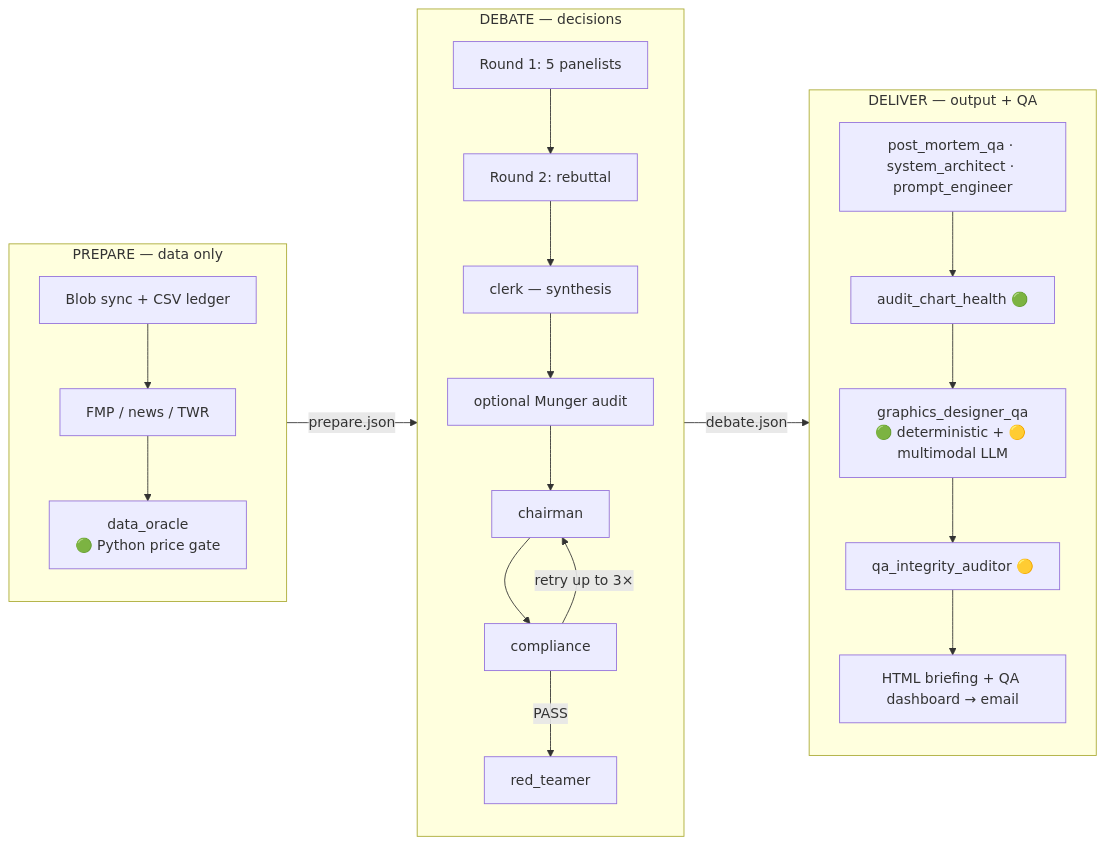
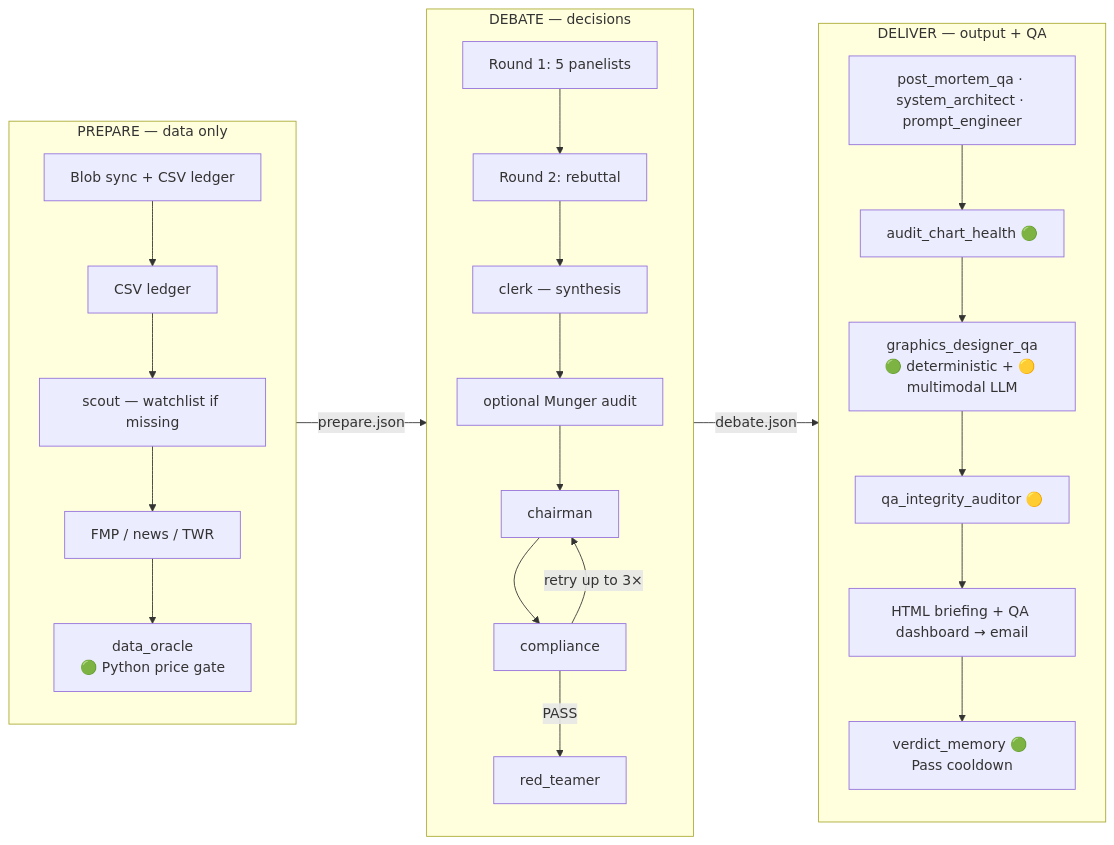
One commit to stanchernov-ai/invest changed the third of 6 diagrams in docs/agent_architecture.md. Above: the diagram before and after it, drawn with Mermaid. The commit also changed other lines of this file and 15 other files, not shown here.

First line of the commit message:
Harden QA integrity auditor and ship verdict memory P1.

````diff
--- a/docs/agent_architecture.md
+++ b/docs/agent_architecture.md
@@ -141,41 +141,44 @@
 ```mermaid
 flowchart LR
     subgraph PREP["PREPARE — data only"]
         SYNC[Blob sync + CSV ledger]
+        SCOUT[scout — watchlist if missing]
         FMP[FMP / news / TWR]
         ORACLE[data_oracle<br/>🟢 Python price gate]
-        SYNC --> FMP --> ORACLE
+        SYNC --> CSV[CSV ledger] --> SCOUT
+        SCOUT --> FMP --> ORACLE
     end
 
     subgraph DEB["DEBATE — decisions"]
         direction TB
         P1[Round 1: 5 panelists]
         P2[Round 2: rebuttal]
         CLERK[clerk — synthesis]
         MUNGER[optional Munger audit]
         CHAIR[chairman]
         COMP[compliance]
         RED[red_teamer]
 
         P1 --> P2 --> CLERK
         CLERK --> MUNGER
         MUNGER --> CHAIR
         CHAIR --> COMP
         COMP -->|retry up to 3×| CHAIR
         COMP -->|PASS| RED
     end
 
     subgraph DEL["DELIVER — output + QA"]
         direction TB
         QA3[post_mortem_qa · system_architect · prompt_engineer]
         CHARTS[audit_chart_health 🟢]
         GFX[graphics_designer_qa<br/>🟢 deterministic + 🟡 multimodal LLM]
         INT[qa_integrity_auditor 🟡]
         EMAIL[HTML briefing + QA dashboard → email]
+        MEM[verdict_memory 🟢 Pass cooldown]
 
-        QA3 --> CHARTS --> GFX --> INT --> EMAIL
+        QA3 --> CHARTS --> GFX --> INT --> EMAIL --> MEM
     end
 
     PREP -->|prepare.json| DEB
     DEB -->|debate.json| DEL
 ```
````
